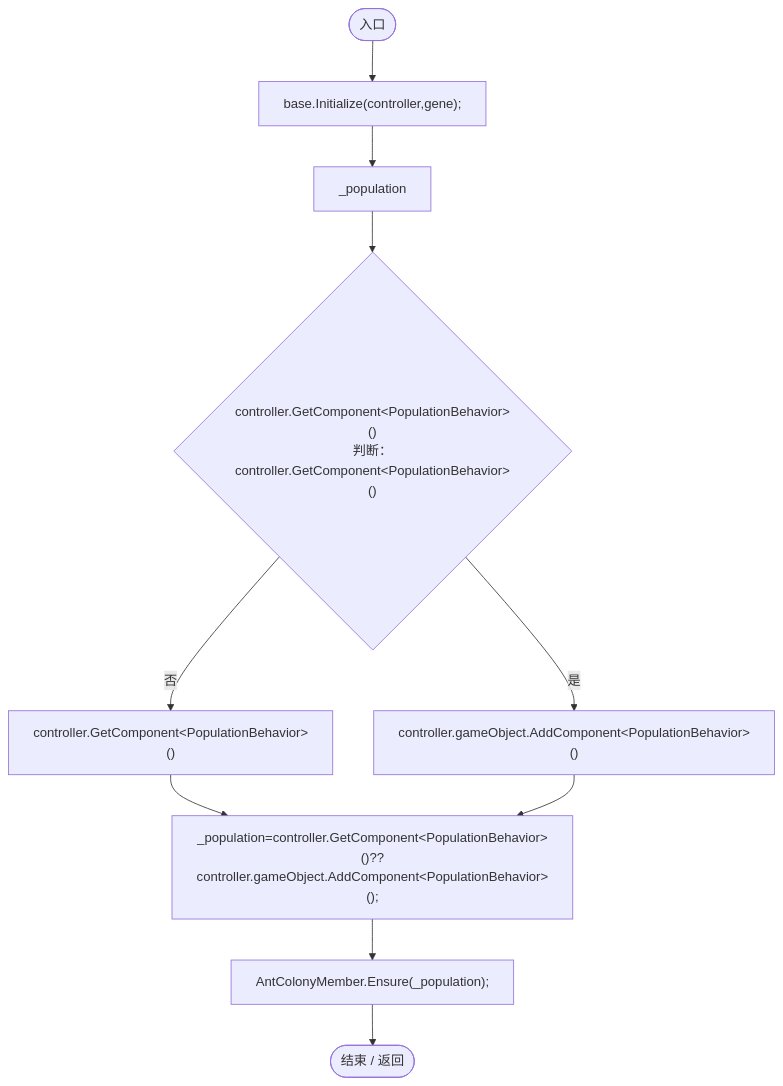
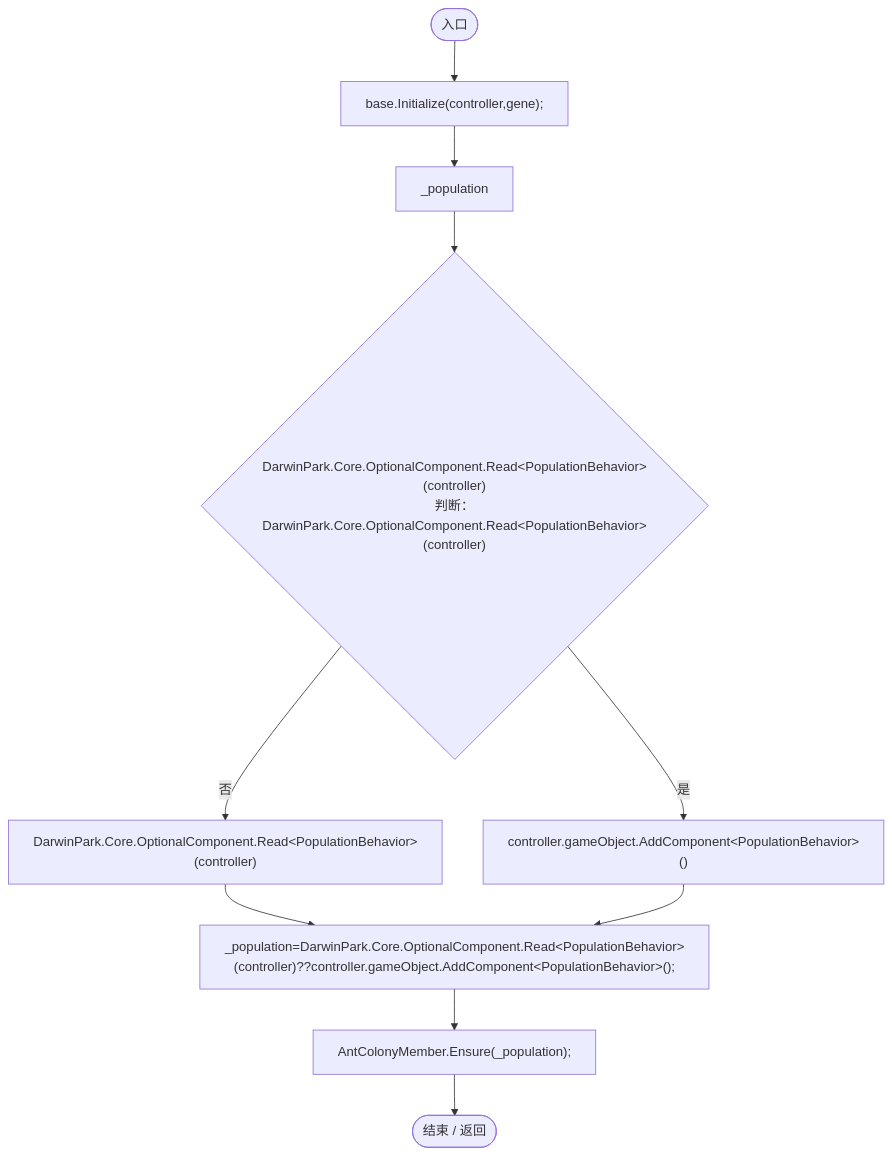
Before and after one commit to xhs6666/Darwin_paradise: the first of 2 diagrams in Docs/运行流程图/脚本/42d081df5829bb64.md, drawn with Mermaid. The commit also changed other lines of this file and 297 other files, not shown here.

````diff
--- a/Docs/运行流程图/脚本/42d081df5829bb64.md
+++ b/Docs/运行流程图/脚本/42d081df5829bb64.md
@@ -19,22 +19,22 @@
 ```mermaid
 flowchart TD
   b0(["入口"])
   b1["base.Initialize(controller,gene);"]
   b2["_population"]
-  b3{"controller.GetComponent&lt;PopulationBehavior&gt;()<br/>判断：controller.GetComponent&lt;PopulationBehavior&gt;()"}
-  b4["controller.GetComponent&lt;PopulationBehavior&gt;()"]
+  b3{"DarwinPark.Core.OptionalComponent.Read&lt;PopulationBehavior&gt;(controller)<br/>判断：DarwinPark.Core.OptionalComponent.Read&lt;PopulationBehavior&gt;(controller)"}
+  b4["DarwinPark.Core.OptionalComponent.Read&lt;PopulationBehavior&gt;(controller)"]
   b5["controller.gameObject.AddComponent&lt;PopulationBehavior&gt;()"]
-  b6["_population=controller.GetComponent&lt;PopulationBehavior&gt;()??controller.gameObject.AddComponent&lt;PopulationBehavior&gt;();"]
+  b6["_population=DarwinPark.Core.OptionalComponent.Read&lt;PopulationBehavior&gt;(controller)??controller.gameObject.AddComponent&lt;PopulationBehavior&gt;();"]
   b7["AntColonyMember.Ensure(_population);"]
   b8(["结束 / 返回"])
   b0 --> b1
   b1 --> b2
   b2 --> b3
   b3 -->|"否"| b4
   b3 -->|"是"| b5
   b4 --> b6
   b5 --> b6
   b6 --> b7
   b7 --> b8
 
 ```
````
